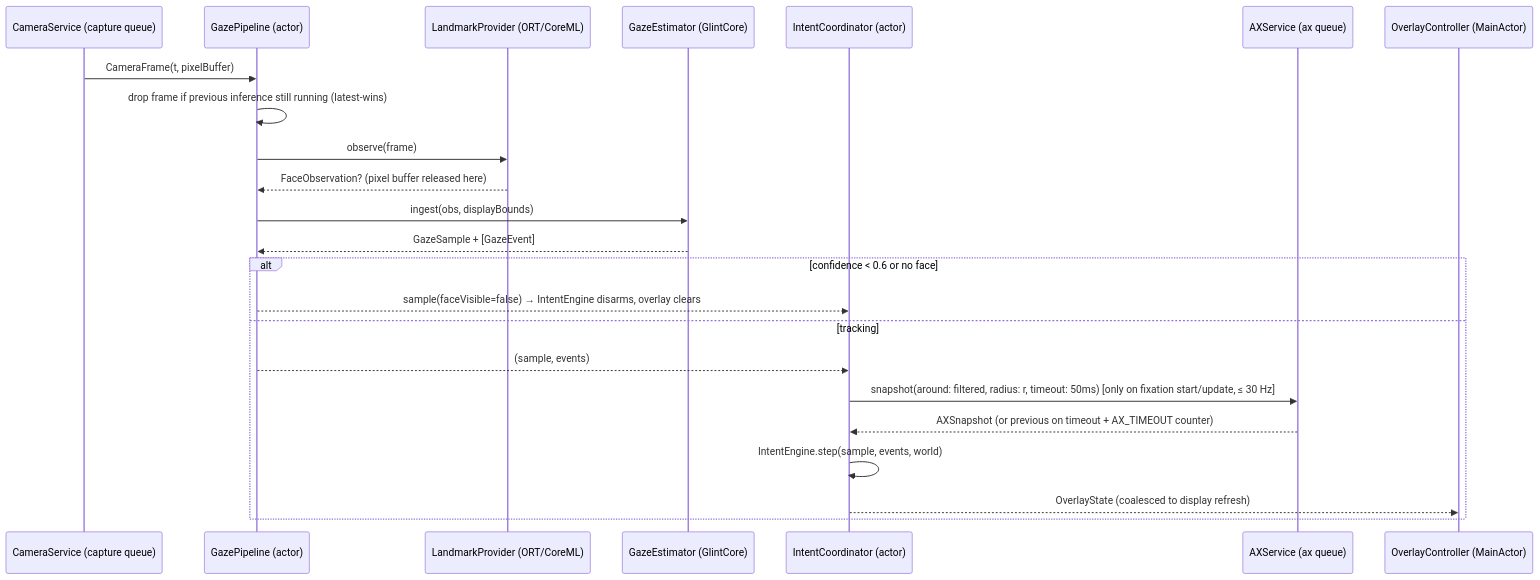
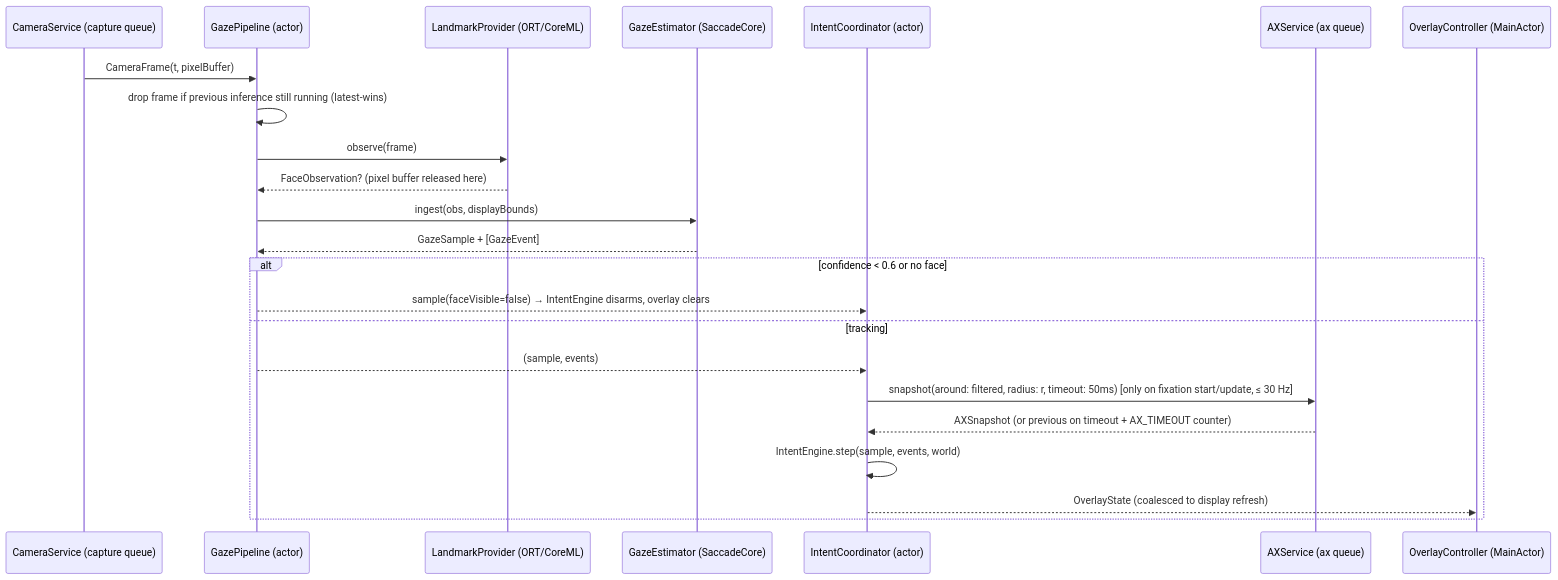
One commit to rayhankhilji/glint changed the third of 7 diagrams in ARCHITECTURE.md. Above: the diagram before and after it, drawn with Mermaid. The commit also changed other lines of this file and 185 other files, not shown here.

First line of the commit message:
chore: rebrand Glint to Saccade

````diff
--- a/ARCHITECTURE.md
+++ b/ARCHITECTURE.md
@@ -354,25 +354,25 @@
 ```mermaid
 sequenceDiagram
   participant C as CameraService (capture queue)
   participant P as GazePipeline (actor)
   participant L as LandmarkProvider (ORT/CoreML)
-  participant E as GazeEstimator (GlintCore)
+  participant E as GazeEstimator (SaccadeCore)
   participant I as IntentCoordinator (actor)
   participant A as AXService (ax queue)
   participant O as OverlayController (MainActor)
   C->>P: CameraFrame(t, pixelBuffer)
   P->>P: drop frame if previous inference still running (latest-wins)
   P->>L: observe(frame)
   L-->>P: FaceObservation? (pixel buffer released here)
   P->>E: ingest(obs, displayBounds)
   E-->>P: GazeSample + [GazeEvent]
   alt confidence < 0.6 or no face
     P-->>I: sample(faceVisible=false) → IntentEngine disarms, overlay clears
   else tracking
     P-->>I: (sample, events)
     I->>A: snapshot(around: filtered, radius: r, timeout: 50ms) [only on fixation start/update, ≤ 30 Hz]
     A-->>I: AXSnapshot (or previous on timeout + AX_TIMEOUT counter)
     I->>I: IntentEngine.step(sample, events, world)
     I-->>O: OverlayState (coalesced to display refresh)
   end
 ```
````
